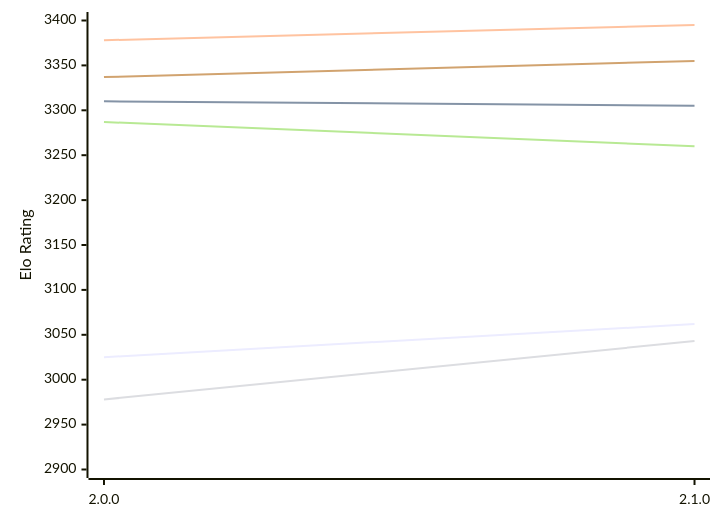
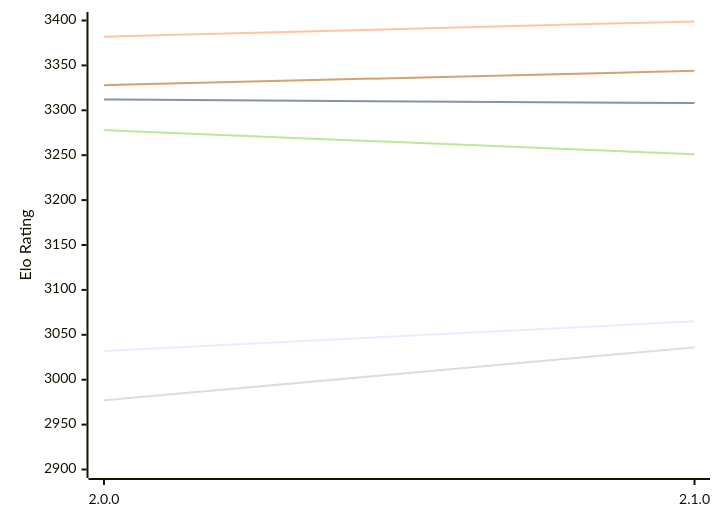
One commit to computer-chess-index/cci changed the diagram in engines/Sapling.md. Above: the diagram before and after it, drawn with Mermaid. The commit also changed other lines of this file, not shown here.

Commit message:
Update CCI Ratings (ELO VLTC) - 2026-11-15

````diff
--- a/engines/Sapling.md
+++ b/engines/Sapling.md
@@ -49,12 +49,12 @@
 ```mermaid
 %%{init: {"theme":"base","themeVariables":{"seriesColors:['#a3a3a3','#222221','#faa371']}}}%%
 xychart-beta
   x-axis ["2.0.0", "2.1.0"]
   y-axis "Elo Rating" 2900 --> 3400
-  line "E1: STC (8.0+0.08s)" [3025, 3062]
-  line "E1: LTC (60.0+0.60s)" [3310, 3305]
-  line "E1: VLTC (2m24s+1.12s)" [3378, 3395]
-  line "P1: STC (8.0+0.08s)" [2978, 3043]
-  line "P1: LTC (60.0+0.60s)" [3287, 3260]
-  line "P1: VLTC (2m24s+1.12s)" [3337, 3355]
+  line "E1: STC (8.0+0.08s)" [3032, 3065]
+  line "E1: LTC (60.0+0.60s)" [3312, 3308]
+  line "E1: VLTC (2m24s+1.12s)" [3382, 3399]
+  line "P1: STC (8.0+0.08s)" [2977, 3036]
+  line "P1: LTC (60.0+0.60s)" [3278, 3251]
+  line "P1: VLTC (2m24s+1.12s)" [3328, 3344]
 ```
````
